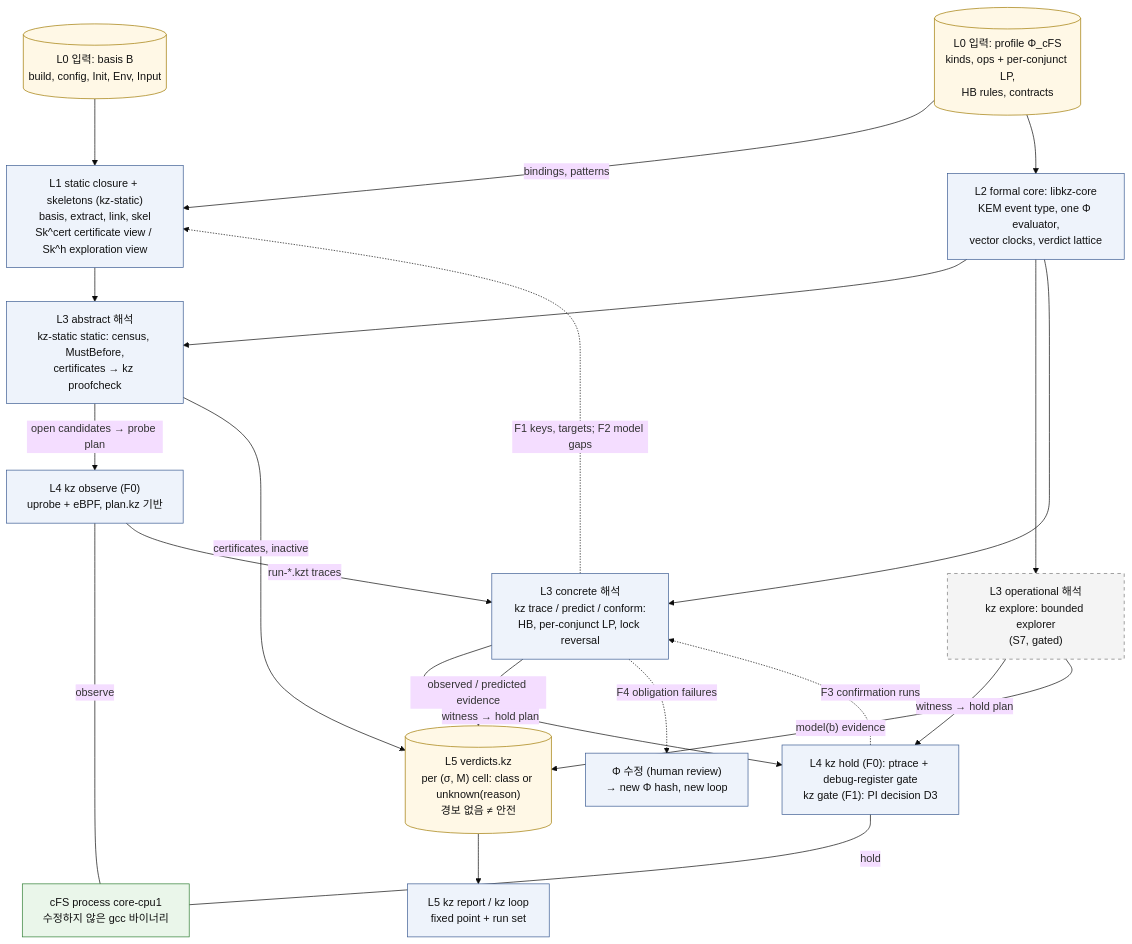
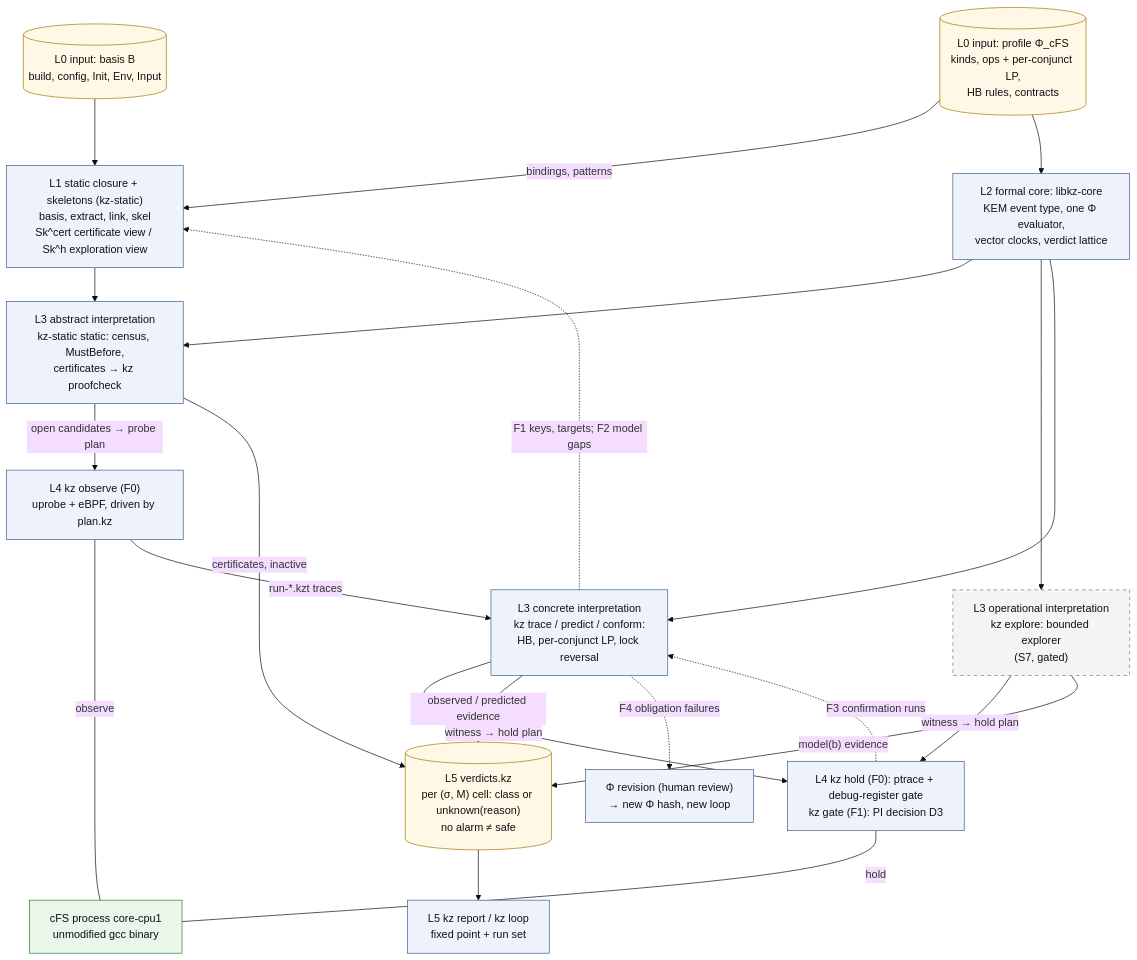
One commit to wookjaeya/Shape-Perf changed the diagram in research/cfs_procrace/Architecture/diagrams/D0_big_picture.mmd. Above: the diagram before and after it, drawn with Mermaid (base theme). The commit also changed 21 other files, not shown here.

First line of the commit message:
Architecture: Korean documents 01-10 checked and fixed (45 issues), 19 rendered diagrams, README index

```diff
--- a/research/cfs_procrace/Architecture/diagrams/D0_big_picture.mmd
+++ b/research/cfs_procrace/Architecture/diagrams/D0_big_picture.mmd
@@ -1,54 +1,54 @@
 flowchart TD
     %% D0 - Kairos big picture (one screen). Sources: spec §0.1-0.2, §2.1, §2.4, §4.14.
     %% Dashed border = PI-gated or late-stage component. Dashed edge = feedback path (F1-F4).
 
-    B[("L0 입력: basis B<br/>build, config, Init, Env, Input")]
-    PHI[("L0 입력: profile Φ_cFS<br/>kinds, ops + per-conjunct LP,<br/>HB rules, contracts")]
+    B[("L0 input: basis B<br/>build, config, Init, Env, Input")]
+    PHI[("L0 input: profile Φ_cFS<br/>kinds, ops + per-conjunct LP,<br/>HB rules, contracts")]
 
     CLO["L1 static closure + skeletons (kz-static)<br/>basis, extract, link, skel<br/>Sk^cert certificate view / Sk^h exploration view"]
     CORE["L2 formal core: libkz-core<br/>KEM event type, one Φ evaluator,<br/>vector clocks, verdict lattice"]
 
-    ABS["L3 abstract 해석<br/>kz-static static: census, MustBefore,<br/>certificates → kz proofcheck"]
-    OPR["L3 operational 해석<br/>kz explore: bounded explorer<br/>(S7, gated)"]
+    ABS["L3 abstract interpretation<br/>kz-static static: census, MustBefore,<br/>certificates → kz proofcheck"]
+    OPR["L3 operational interpretation<br/>kz explore: bounded explorer<br/>(S7, gated)"]
 
-    OBS["L4 kz observe (F0)<br/>uprobe + eBPF, plan.kz 기반"]
-    BIN["cFS process core-cpu1<br/>수정하지 않은 gcc 바이너리"]
+    OBS["L4 kz observe (F0)<br/>uprobe + eBPF, driven by plan.kz"]
+    BIN["cFS process core-cpu1<br/>unmodified gcc binary"]
 
-    CON["L3 concrete 해석<br/>kz trace / predict / conform:<br/>HB, per-conjunct LP, lock reversal"]
+    CON["L3 concrete interpretation<br/>kz trace / predict / conform:<br/>HB, per-conjunct LP, lock reversal"]
 
     HOLD["L4 kz hold (F0): ptrace + debug-register gate<br/>kz gate (F1): PI decision D3"]
 
-    VER[("L5 verdicts.kz<br/>per (σ, M) cell: class or unknown(reason)<br/>경보 없음 ≠ 안전")]
+    VER[("L5 verdicts.kz<br/>per (σ, M) cell: class or unknown(reason)<br/>no alarm ≠ safe")]
     REP["L5 kz report / kz loop<br/>fixed point + run set"]
-    FIX["Φ 수정 (human review)<br/>→ new Φ hash, new loop"]
+    FIX["Φ revision (human review)<br/>→ new Φ hash, new loop"]
 
     B --> CLO
     PHI -->|"bindings, patterns"| CLO
     PHI --> CORE
     CLO --> ABS
     CORE --> ABS
     CORE --> OPR
     CORE --> CON
     ABS -->|"open candidates → probe plan"| OBS
     OBS ---|"observe"| BIN
     OBS -->|"run-*.kzt traces"| CON
     CON -->|"witness → hold plan"| HOLD
     OPR -->|"witness → hold plan"| HOLD
     HOLD ---|"hold"| BIN
     ABS -->|"certificates, inactive"| VER
     CON -->|"observed / predicted evidence"| VER
     OPR -->|"model(b) evidence"| VER
     VER --> REP
 
     HOLD -.->|"F3 confirmation runs"| CON
     CON -.->|"F1 keys, targets; F2 model gaps"| CLO
     CON -.->|"F4 obligation failures"| FIX
 
     classDef comp fill:#eef3fb,stroke:#3b5b92,color:#111
     classDef art fill:#fff8e6,stroke:#a07a00,color:#111
     classDef gated fill:#f4f4f4,stroke:#777,stroke-dasharray:5 5,color:#111
     classDef bin fill:#eaf6ea,stroke:#2e7d32,color:#111
     class CLO,CORE,ABS,CON,OBS,HOLD,REP,FIX comp
     class B,PHI,VER art
     class OPR gated
     class BIN bin
```
